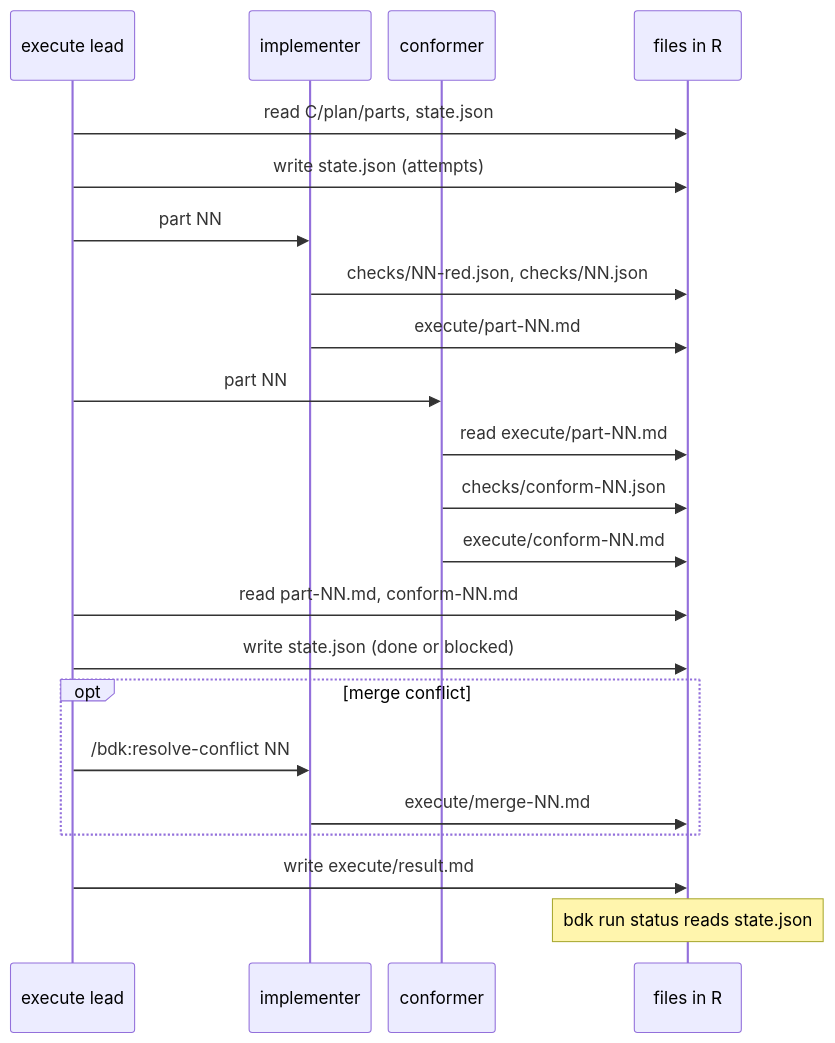
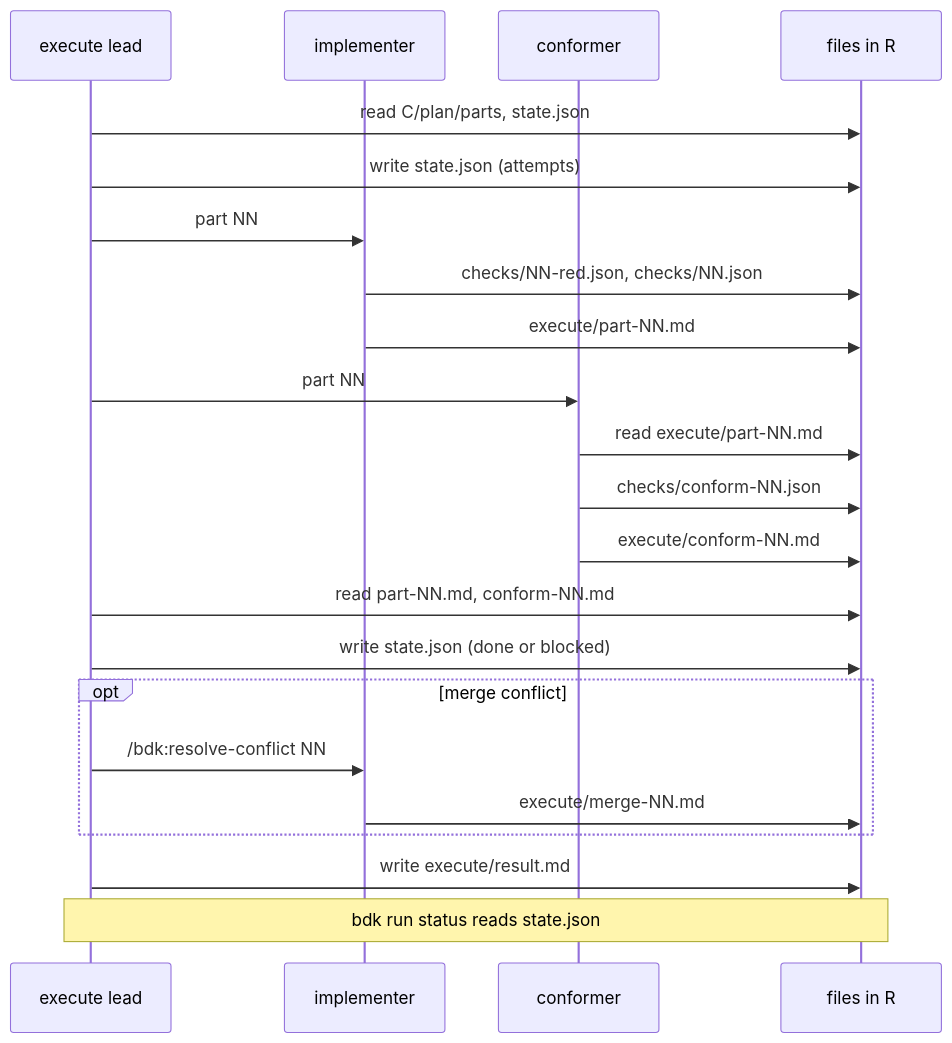
Before and after one commit to broneq/bdk: the second of 5 diagrams in docs/concepts/run-state.md, drawn with Mermaid. The commit also changed other lines of this file and 20 other files, not shown here.

First line of the commit message:
fix(docs): fit every diagram into the content column

````diff
--- a/docs/concepts/run-state.md
+++ b/docs/concepts/run-state.md
@@ -117,25 +117,24 @@
 ```mermaid
-%%{init: {"sequence": {"actorMargin": 16, "width": 100}}}%%
 sequenceDiagram
   participant L as execute lead
   participant I as implementer
   participant F as conformer
   participant R as files in R
   L->>R: read C/plan/parts, state.json
   L->>R: write state.json (attempts)
   L->>I: part NN
   I->>R: checks/NN-red.json, checks/NN.json
   I->>R: execute/part-NN.md
   L->>F: part NN
   F->>R: read execute/part-NN.md
   F->>R: checks/conform-NN.json
   F->>R: execute/conform-NN.md
   L->>R: read part-NN.md, conform-NN.md
   L->>R: write state.json (done or blocked)
   opt merge conflict
     L->>I: /bdk:resolve-conflict NN
     I->>R: execute/merge-NN.md
   end
   L->>R: write execute/result.md
-  Note over R: bdk run status reads state.json
+  Note over L,R: bdk run status reads state.json
 ```
````
